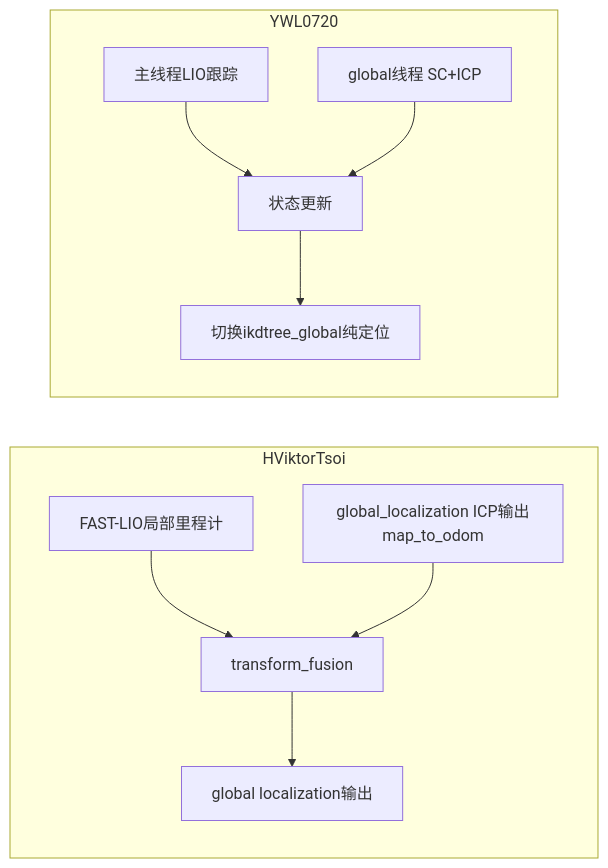
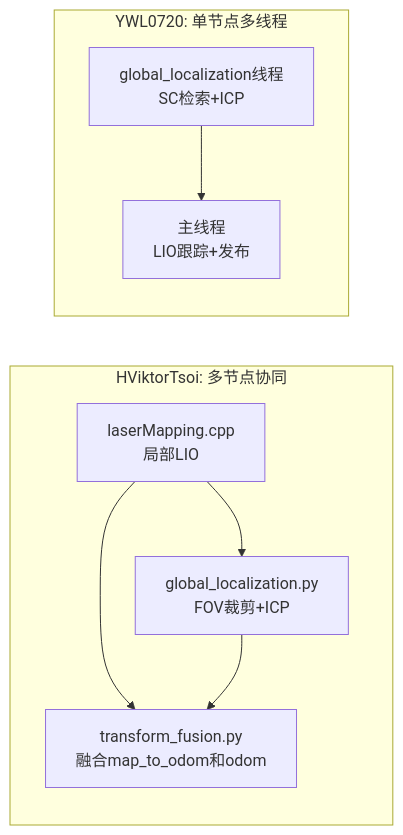
One commit to R-C-Group/FAST-LIO-relocalization changed the third of 3 diagrams in README.md. Above: the diagram before and after it, drawn with Mermaid. The commit also changed other lines of this file, not shown here.

````diff
--- a/README.md
+++ b/README.md
@@ -164,13 +194,17 @@
 ```mermaid
 flowchart LR
-    subgraph H[HViktorTsoi]
-      H1[FAST-LIO局部里程计] --> H3[transform_fusion]
-      H2[global_localization ICP输出map_to_odom] --> H3
-      H3 --> H4[global localization输出]
+    subgraph H[HViktorTsoi: 多节点协同]
+      H1[laserMapping.cpp<br/>局部LIO]
+      H2[global_localization.py<br/>FOV裁剪+ICP]
+      H3[transform_fusion.py<br/>融合map_to_odom和odom]
+      H1 --> H2
+      H1 --> H3
+      H2 --> H3
     end
-    subgraph Y[YWL0720]
-      Y1[主线程LIO跟踪] --> Y3[状态更新]
-      Y2[global线程 SC+ICP] --> Y3
-      Y3 --> Y4[切换ikdtree_global纯定位]
+
+    subgraph Y[YWL0720: 单节点多线程]
+      Y1[主线程<br/>LIO跟踪+发布]
+      Y2[global_localization线程<br/>SC检索+ICP]
+      Y2 --> Y1
     end
 ```
````
